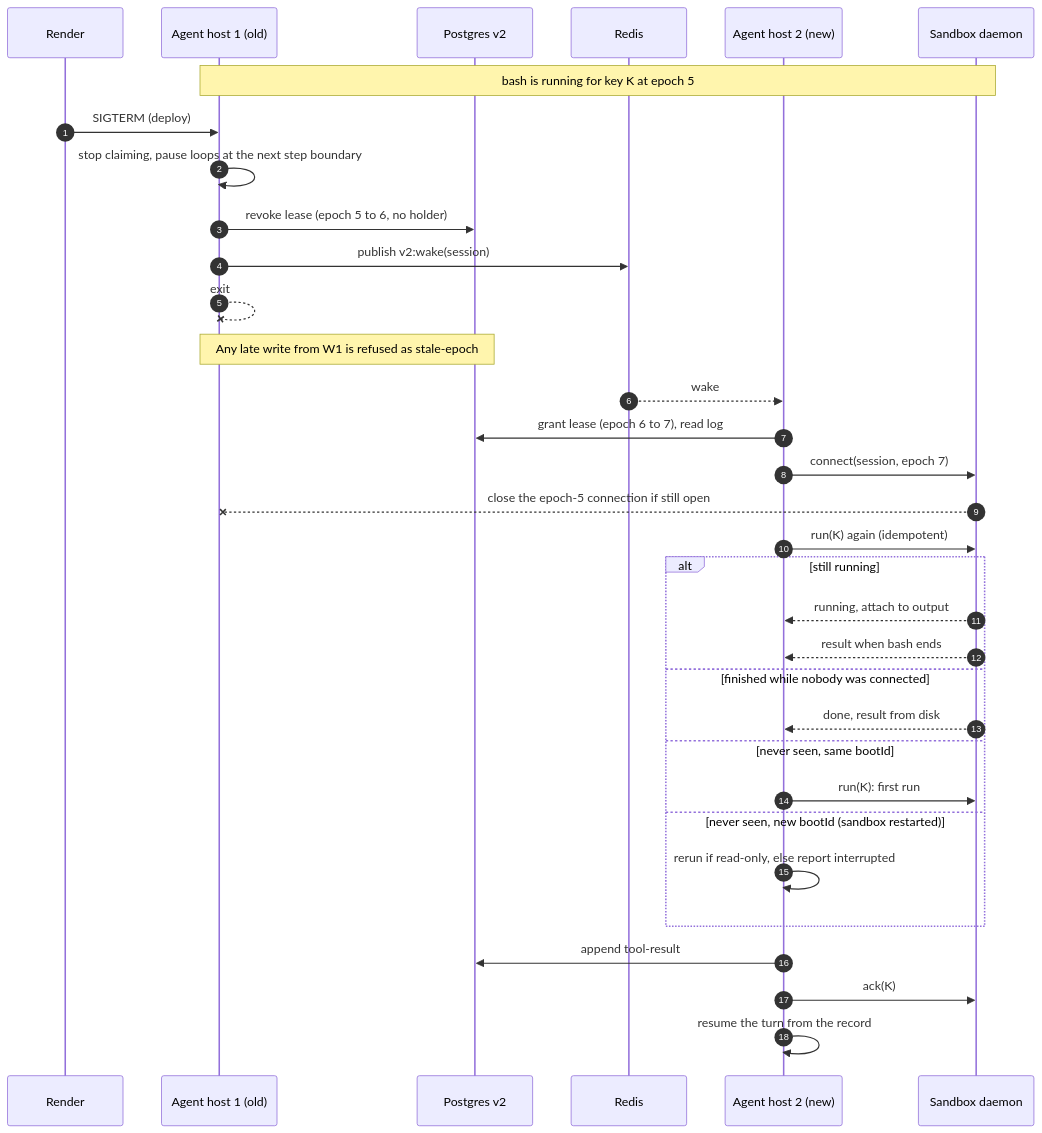
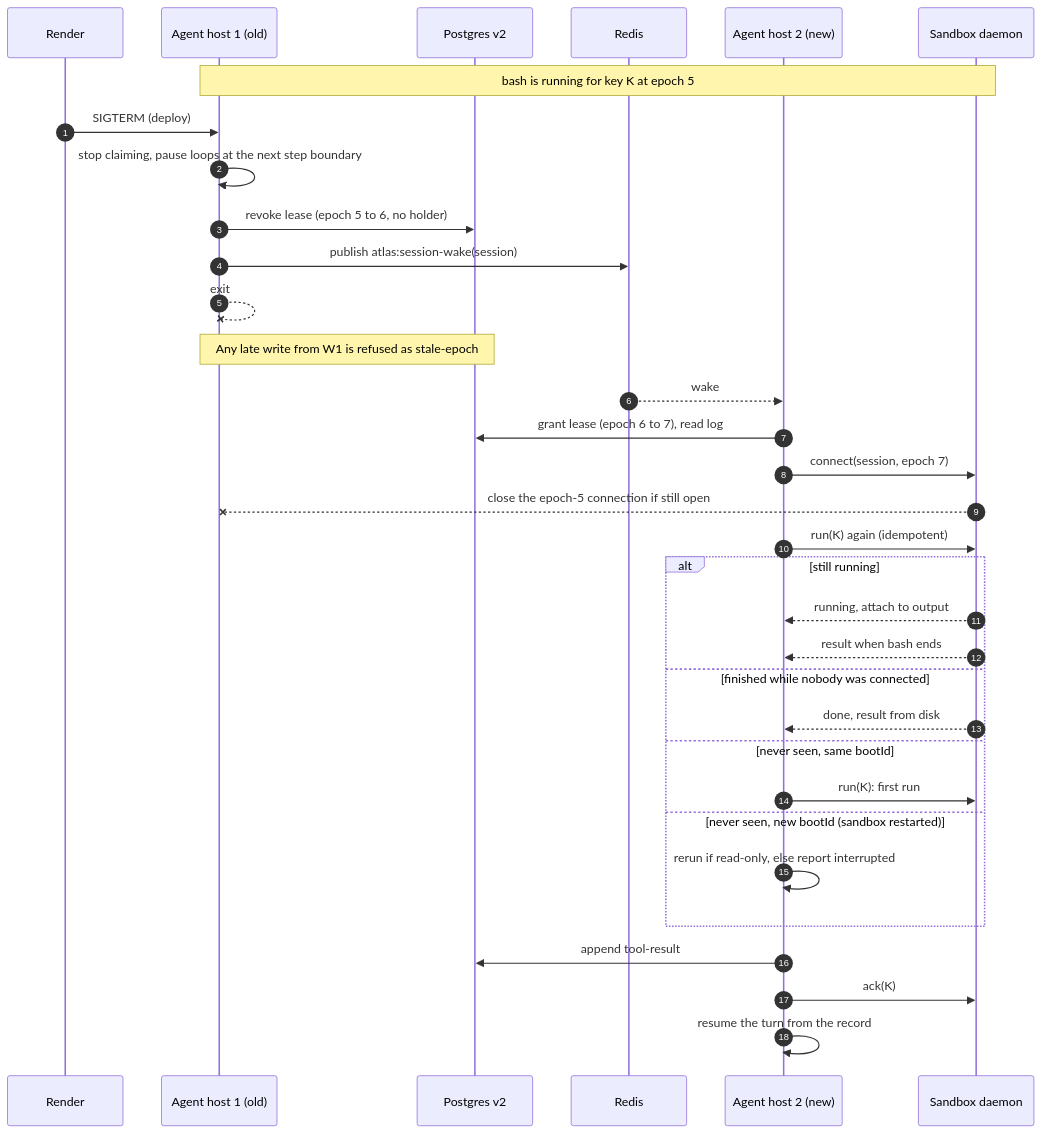
One commit to dennisofficial/atlas changed the third of 3 diagrams in docs/v2/slices/03-agent-host.md. Above: the diagram before and after it, drawn with Mermaid. The commit also changed other lines of this file, not shown here.

Commit message:
docs(v2): name the renamed wake and live channels in the slice 3 spec

````diff
--- a/docs/v2/slices/03-agent-host.md
+++ b/docs/v2/slices/03-agent-host.md
@@ -177,36 +177,36 @@
 ```mermaid
 sequenceDiagram
   autonumber
   participant Render
   participant W1 as Agent host 1 (old)
   participant PG as Postgres v2
   participant R as Redis
   participant W2 as Agent host 2 (new)
   participant D as Sandbox daemon
 
   Note over W1,D: bash is running for key K at epoch 5
   Render->>W1: SIGTERM (deploy)
   W1->>W1: stop claiming, pause loops at the next step boundary
   W1->>PG: revoke lease (epoch 5 to 6, no holder)
-  W1->>R: publish v2:wake(session)
+  W1->>R: publish atlas:session-wake(session)
   W1--xW1: exit
   Note over W1,PG: Any late write from W1 is refused as stale-epoch
   R-->>W2: wake
   W2->>PG: grant lease (epoch 6 to 7), read log
   W2->>D: connect(session, epoch 7)
   D--xW1: close the epoch-5 connection if still open
   W2->>D: run(K) again (idempotent)
   alt still running
     D-->>W2: running, attach to output
     D-->>W2: result when bash ends
   else finished while nobody was connected
     D-->>W2: done, result from disk
   else never seen, same bootId
     W2->>D: run(K): first run
   else never seen, new bootId (sandbox restarted)
     W2->>W2: rerun if read-only, else report interrupted
   end
   W2->>PG: append tool-result
   W2->>D: ack(K)
   W2->>W2: resume the turn from the record
 ```
````
